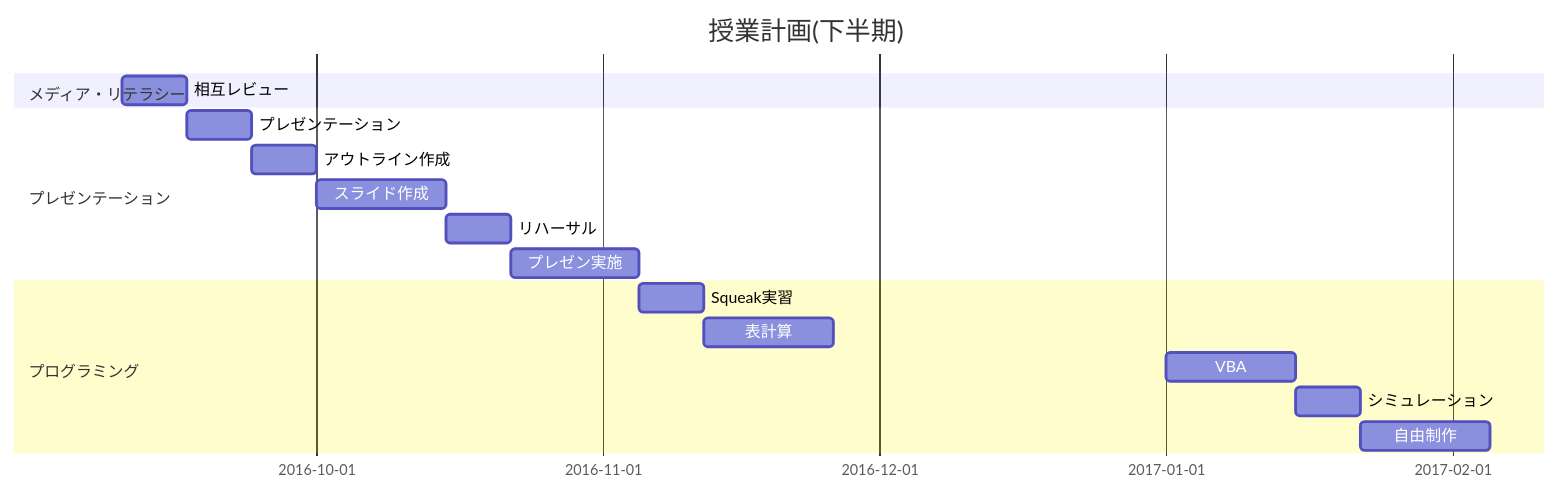
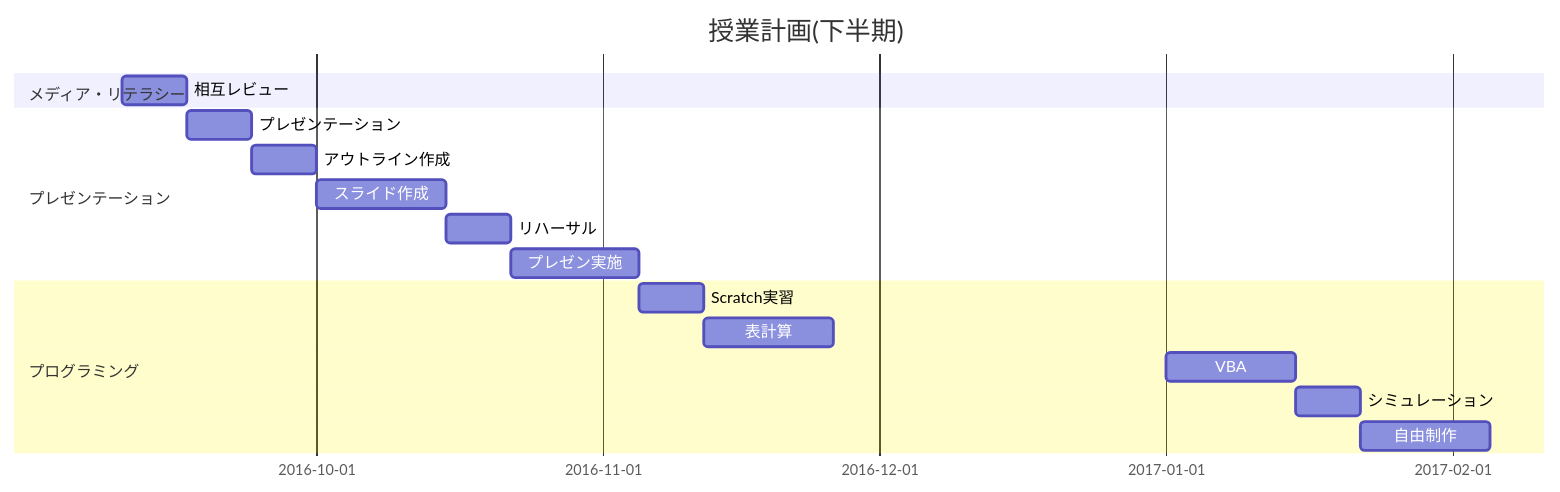
The second of 3 diagrams in README.md (saireya/plan-informatics), drawn with Mermaid before and after one commit. The commit also changed other lines of this file and 1 other file, not shown here.

Commit message:
Replaced Squeak to Scratch

````diff
--- a/README.md
+++ b/README.md
@@ -44,20 +44,20 @@
 ```mermaid
 gantt
 	title 授業計画(下半期)
 	dateFormat YYYY-MM-DD
 
 section メディア・リテラシー
 	相互レビュー		:m4, 2016-09-10, 1w
 section プレゼンテーション
 	プレゼンテーション		:p1, after m4, 1w
 	アウトライン作成		:p2, after p1, 1w
 	スライド作成			:p3, after p2, 2w
 	リハーサル			:p4, after p3, 1w
 	プレゼン実施		:p5, after p4, 2w
 section プログラミング
-	Squeak実習		:c1, after p5, 1w
+	Scratch実習		:c1, after p5, 1w
 	表計算			:c2, after c1, 2w
 	VBA				:c3, 2017-01-01, 2w
 	シミュレーション		:c4, after c3, 1w
 	自由制作			:c5, after c4, 2w
 ```
````
